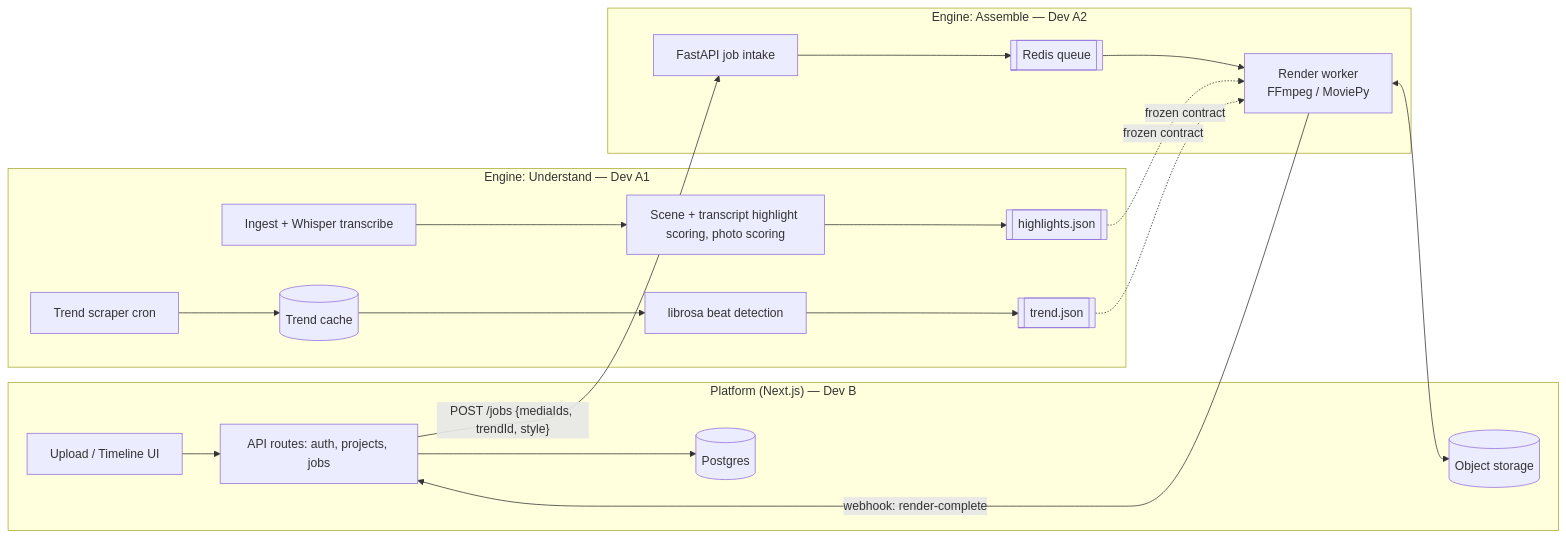
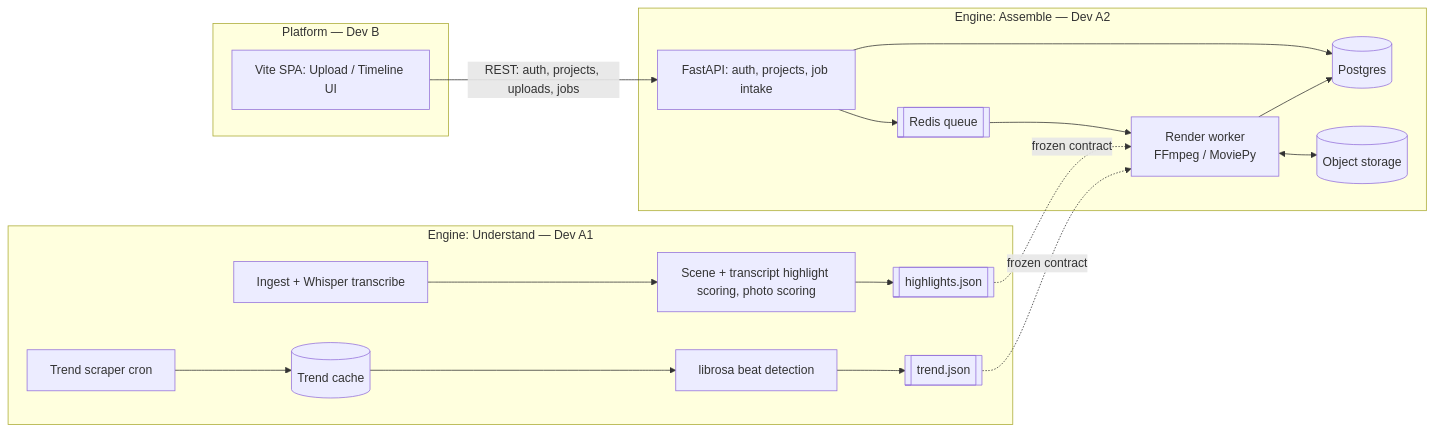
One commit to AkashPatra12/AiFun changed the diagram in docs/README.md. Above: the diagram before and after it, drawn with Mermaid. The commit also changed other lines of this file, not shown here.

````diff
--- a/docs/README.md
+++ b/docs/README.md
@@ -36,35 +36,34 @@
 ```mermaid
 flowchart LR
-    subgraph Web["Platform (Next.js) — Dev B"]
-        UI[Upload / Timeline UI]
-        API[API routes: auth, projects, jobs]
-        DB[(Postgres)]
-        S3[(Object storage)]
+    subgraph Web["Platform — Dev B"]
+        UI[Vite SPA: Upload / Timeline UI]
     end
 
     subgraph EngineA1["Engine: Understand — Dev A1"]
         Ingest[Ingest + Whisper transcribe]
         Analysis[Scene + transcript highlight scoring, photo scoring]
         Highlights[[highlights.json]]
         Trend[Trend scraper cron]
         TrendCache[(Trend cache)]
         BeatDetect[librosa beat detection]
         TrendJson[[trend.json]]
         Ingest --> Analysis --> Highlights
         Trend --> TrendCache --> BeatDetect --> TrendJson
     end
 
     subgraph EngineA2["Engine: Assemble — Dev A2"]
-        Intake[FastAPI job intake]
+        Intake[FastAPI: auth, projects, job intake]
+        DB[(Postgres)]
         Queue[[Redis queue]]
         Worker[Render worker\nFFmpeg / MoviePy]
+        S3[(Object storage)]
     end
 
-    UI --> API --> DB
-    API -- "POST /jobs {mediaIds, trendId, style}" --> Intake
+    UI -- "REST: auth, projects, uploads, jobs" --> Intake
+    Intake --> DB
     Intake --> Queue --> Worker
-    Worker -- "webhook: render-complete" --> API
+    Worker --> DB
     Worker <--> S3
     Highlights -. frozen contract .-> Worker
     TrendJson -. frozen contract .-> Worker
 ```
````
